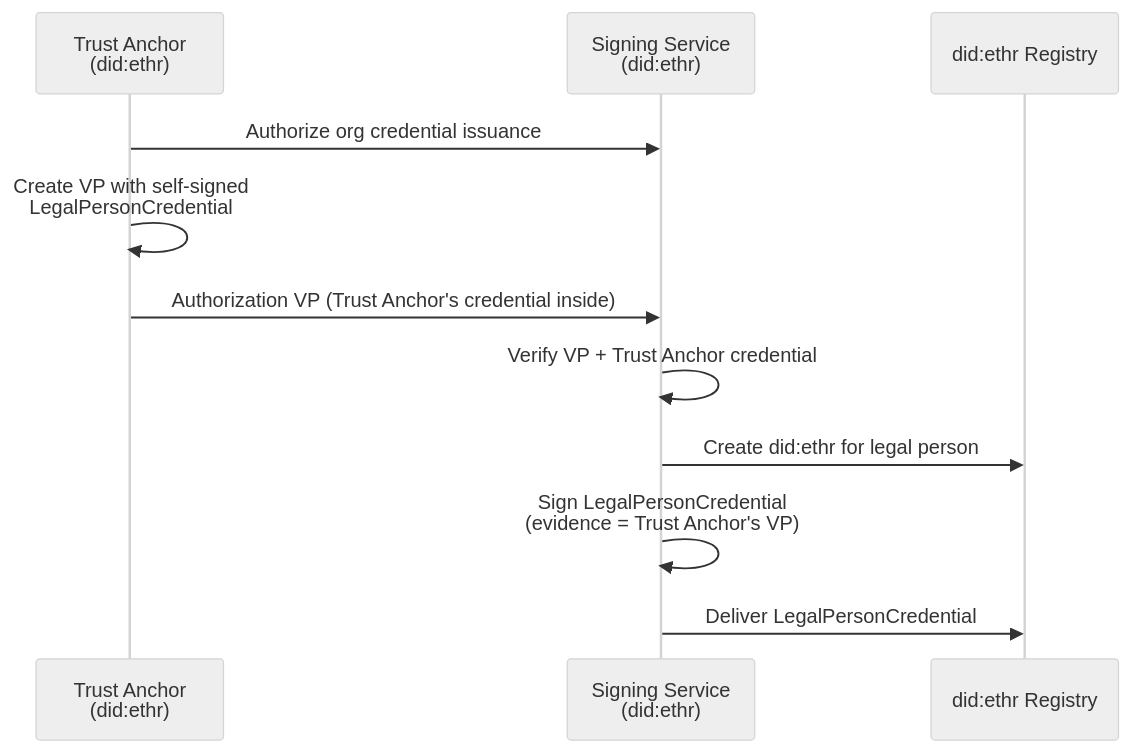
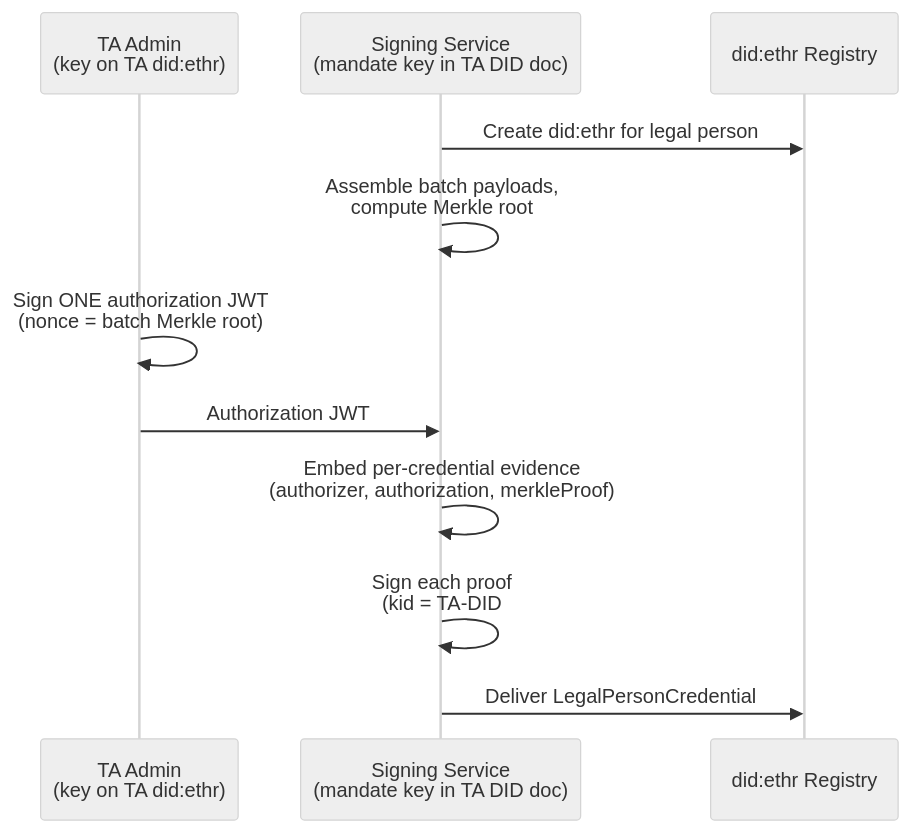
One commit to reachhaven/harbour-credentials changed the second of 5 diagrams in examples/README.md. Above: the diagram before and after it, drawn with Mermaid (neutral theme). The commit also changed other lines of this file and 23 other files, not shown here.

````diff
--- a/examples/README.md
+++ b/examples/README.md
@@ -140,14 +164,14 @@
 ```mermaid
 sequenceDiagram
-    participant TA as Trust Anchor<br/>(did:ethr)
-    participant SS as Signing Service<br/>(did:ethr)
+    participant ADM as TA Admin<br/>(key on TA did:ethr)
+    participant SS as Signing Service<br/>(mandate key in TA DID doc)
     participant DW as did:ethr Registry
 
-    TA->>SS: Authorize org credential issuance
-    TA->>TA: Create VP with self-signed<br/>LegalPersonCredential
-    TA->>SS: Authorization VP (Trust Anchor's credential inside)
-    SS->>SS: Verify VP + Trust Anchor credential
     SS->>DW: Create did:ethr for legal person
-    SS->>SS: Sign LegalPersonCredential<br/>(evidence = Trust Anchor's VP)
+    SS->>SS: Assemble batch payloads,<br/>compute Merkle root
+    ADM->>ADM: Sign ONE authorization JWT<br/>(nonce = batch Merkle root)
+    ADM->>SS: Authorization JWT
+    SS->>SS: Embed per-credential evidence<br/>(authorizer, authorization, merkleProof)
+    SS->>SS: Sign each proof<br/>(kid = TA-DID#delegate-1)
     SS->>DW: Deliver LegalPersonCredential
 ```
````
